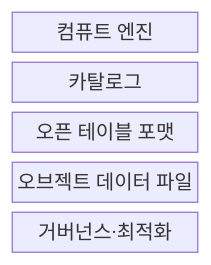
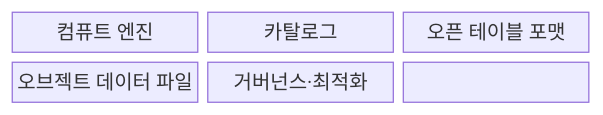
Before and after one commit to agnusdei1207/knowledge-base: the first of 2 diagrams in src/content/docs/notes/08-latest-tech/189_data_lakehouse.md, drawn with Mermaid. The commit also changed other lines of this file and 228 other files, not shown here.

````diff
--- a/src/content/docs/notes/08-latest-tech/189_data_lakehouse.md
+++ b/src/content/docs/notes/08-latest-tech/189_data_lakehouse.md
@@ -51,9 +50,11 @@
 ```mermaid
 block-beta
-  columns 1
-  A["컴퓨트 엔진"]
-  B["카탈로그"]
-  C["오픈 테이블 포맷"]
-  D["오브젝트 데이터 파일"]
-  E["거버넌스·최적화"]
+  columns 3
+  N0["컴퓨트 엔진"]
+  N1["카탈로그"]
+  N2["오픈 테이블 포맷"]
+  N3["오브젝트 데이터 파일"]
+  N4["거버넌스·최적화"]
+  N0 --- N1 --- N2
+  N2 --- N3 --- N4
 ```
````
